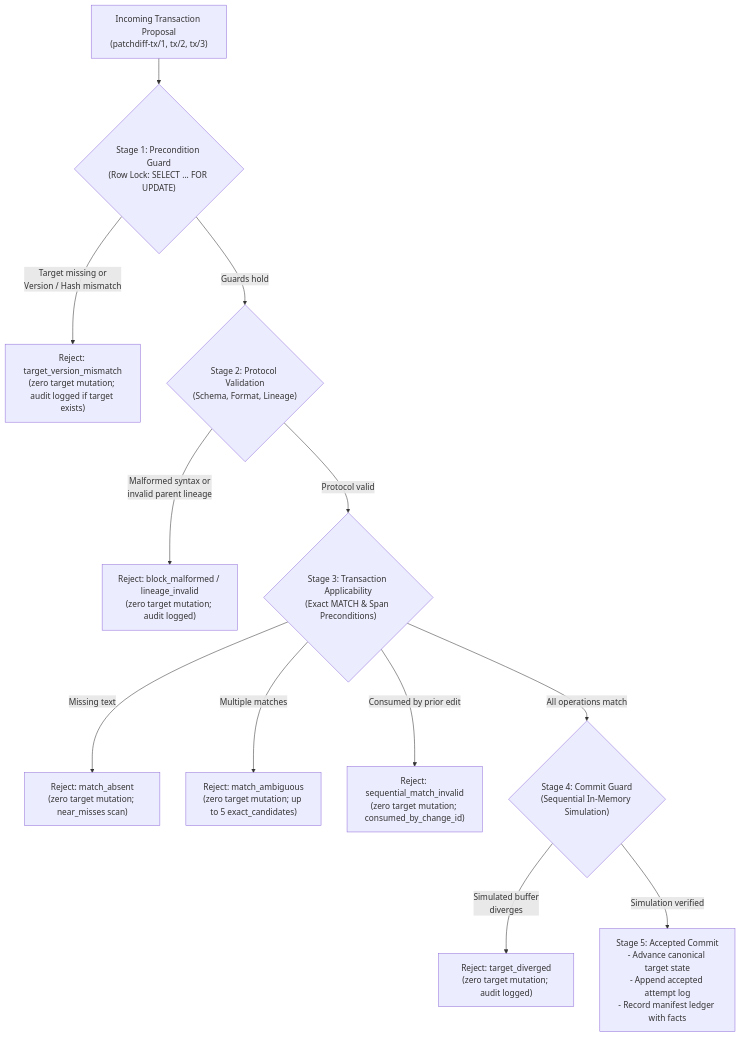
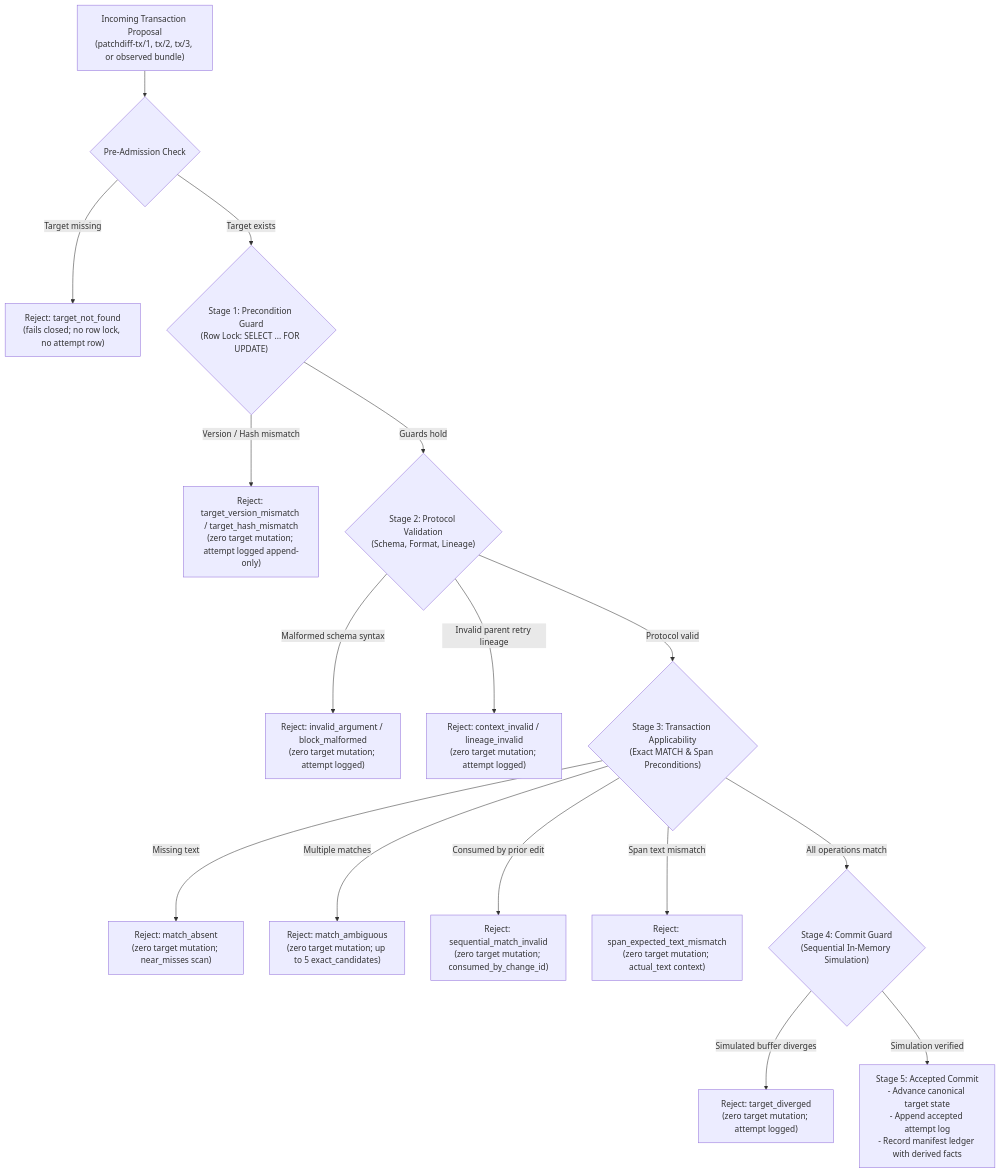
Before and after one commit to paragon-ux/Patch-DIFF: the second of 3 diagrams in docs/architecture.md, drawn with Mermaid. The commit also changed other lines of this file and 32 other files, not shown here.

````diff
--- a/docs/architecture.md
+++ b/docs/architecture.md
@@ -63,19 +65,24 @@
 ```mermaid
 flowchart TD
-    SUBMIT["Incoming Transaction Proposal<br/>(patchdiff-tx/1, tx/2, tx/3)"] --> STAGE1{"Stage 1: Precondition Guard<br/>(Row Lock: SELECT ... FOR UPDATE)"}
+    SUBMIT["Incoming Transaction Proposal<br/>(patchdiff-tx/1, tx/2, tx/3, or observed bundle)"] --> ADMIT{"Pre-Admission Check"}
     
-    STAGE1 -- "Target missing or<br/>Version / Hash mismatch" --> REJ1["Reject: target_version_mismatch<br/>(zero target mutation; audit logged if target exists)"]
+    ADMIT -- "Target missing" --> REJ0["Reject: target_not_found<br/>(fails closed; no row lock, no attempt row)"]
+    ADMIT -- "Target exists" --> STAGE1{"Stage 1: Precondition Guard<br/>(Row Lock: SELECT ... FOR UPDATE)"}
+    
+    STAGE1 -- "Version / Hash mismatch" --> REJ1["Reject: target_version_mismatch / target_hash_mismatch<br/>(zero target mutation; attempt logged append-only)"]
     STAGE1 -- "Guards hold" --> STAGE2{"Stage 2: Protocol Validation<br/>(Schema, Format, Lineage)"}
     
-    STAGE2 -- "Malformed syntax or<br/>invalid parent lineage" --> REJ2["Reject: block_malformed / lineage_invalid<br/>(zero target mutation; audit logged)"]
+    STAGE2 -- "Malformed schema syntax" --> REJ2A["Reject: invalid_argument / block_malformed<br/>(zero target mutation; attempt logged)"]
+    STAGE2 -- "Invalid parent retry lineage" --> REJ2B["Reject: context_invalid / lineage_invalid<br/>(zero target mutation; attempt logged)"]
     STAGE2 -- "Protocol valid" --> STAGE3{"Stage 3: Transaction Applicability<br/>(Exact MATCH & Span Preconditions)"}
     
     STAGE3 -- "Missing text" --> REJ3A["Reject: match_absent<br/>(zero target mutation; near_misses scan)"]
     STAGE3 -- "Multiple matches" --> REJ3B["Reject: match_ambiguous<br/>(zero target mutation; up to 5 exact_candidates)"]
     STAGE3 -- "Consumed by prior edit" --> REJ3C["Reject: sequential_match_invalid<br/>(zero target mutation; consumed_by_change_id)"]
+    STAGE3 -- "Span text mismatch" --> REJ3D["Reject: span_expected_text_mismatch<br/>(zero target mutation; actual_text context)"]
     
     STAGE3 -- "All operations match" --> STAGE4{"Stage 4: Commit Guard<br/>(Sequential In-Memory Simulation)"}
     
-    STAGE4 -- "Simulated buffer<br/>diverges" --> REJ4["Reject: target_diverged<br/>(zero target mutation; audit logged)"]
-    STAGE4 -- "Simulation verified" --> STAGE5["Stage 5: Accepted Commit<br/>- Advance canonical target state<br/>- Append accepted attempt log<br/>- Record manifest ledger with facts"]
+    STAGE4 -- "Simulated buffer diverges" --> REJ4["Reject: target_diverged<br/>(zero target mutation; attempt logged)"]
+    STAGE4 -- "Simulation verified" --> STAGE5["Stage 5: Accepted Commit<br/>- Advance canonical target state<br/>- Append accepted attempt log<br/>- Record manifest ledger with derived facts"]
 ```
````
